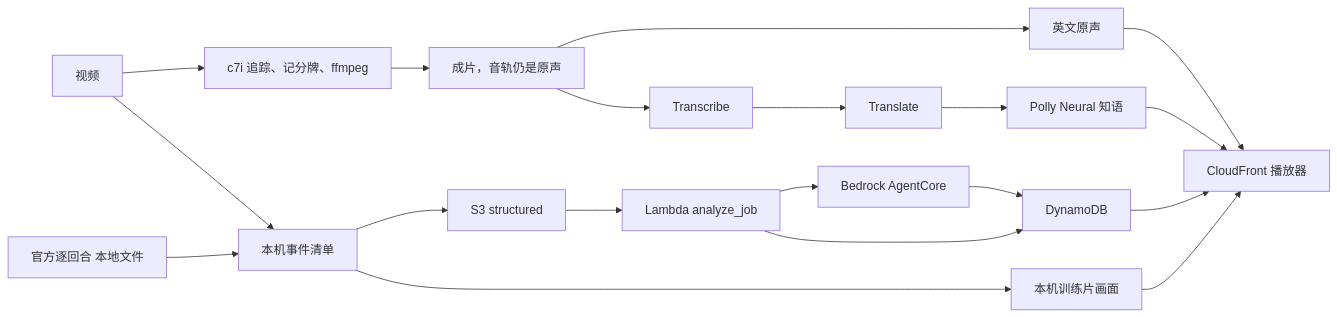
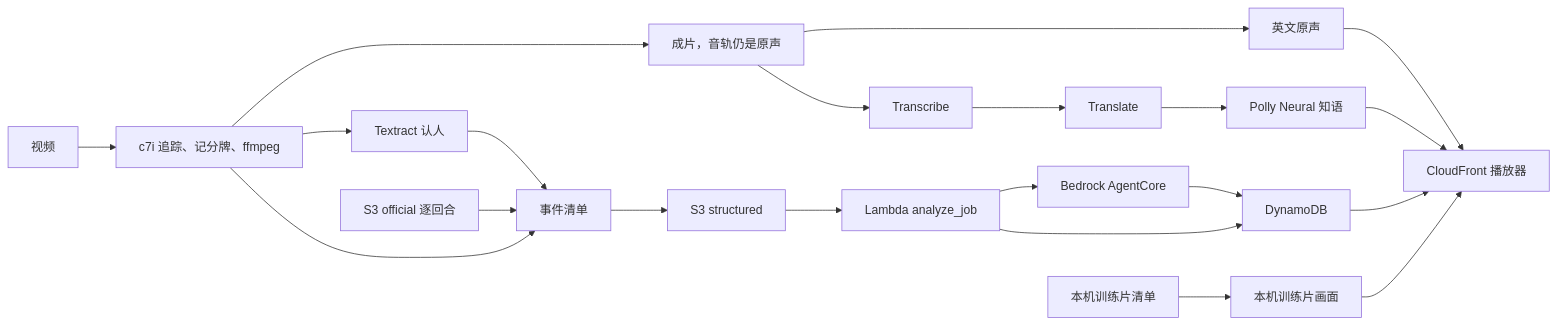
Before and after one commit to Max-lzp/Agent-NBA: the diagram in docs/pipeline-map.md, drawn with Mermaid. The commit also changed other lines of this file and 5 other files, not shown here.

````diff
--- a/docs/pipeline-map.md
+++ b/docs/pipeline-map.md
@@ -8,21 +8,23 @@
 ```mermaid
 flowchart LR
   video[视频] --> machine[c7i 追踪、记分牌、ffmpeg]
+  machine --> textract[Textract 认人]
   machine --> film[成片，音轨仍是原声]
   film --> en[英文原声]
   film --> asr[Transcribe]
   asr --> zhwords[Translate]
   zhwords --> polly[Polly Neural 知语]
   en --> page[CloudFront 播放器]
   polly --> page
-  video --> stream[本机事件清单]
-  official[官方逐回合 本地文件] --> stream
+  textract --> stream[事件清单]
+  officials3[S3 official 逐回合] --> stream
+  machine --> stream
   stream --> s3[S3 structured]
   s3 --> analyze[Lambda analyze_job]
   analyze --> agent[Bedrock AgentCore]
   agent --> ddb[DynamoDB]
   analyze --> ddb
   ddb --> page
-  stream --> cut[本机训练片画面]
+  localstream[本机训练片清单] --> cut[本机训练片画面]
   cut --> page
 ```
````
